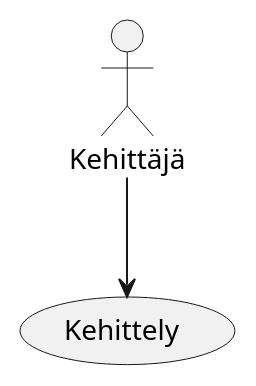
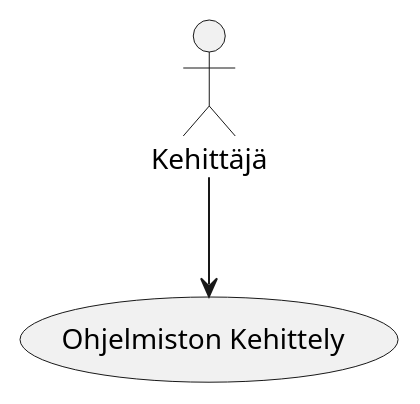
Before and after one commit to Betaoptics/ttos0100---2019-implementation: the diagram in dokumentit/02-vaatimusmaarittely/Usecases/UseCase -5: Kehittely.md, drawn with PlantUML.

Commit message:
Update UseCase -5: Kehittely.md

````diff
--- a/dokumentit/02-vaatimusmaarittely/Usecases/UseCase -5: Kehittely.md
+++ b/dokumentit/02-vaatimusmaarittely/Usecases/UseCase -5: Kehittely.md
@@ -3,5 +3,5 @@
 ```plantuml
 @startuml
-Kehittäjä --> (Kehittely)
+Kehittäjä --> (Ohjelmiston Kehittely)
 @enduml
 ```
````
